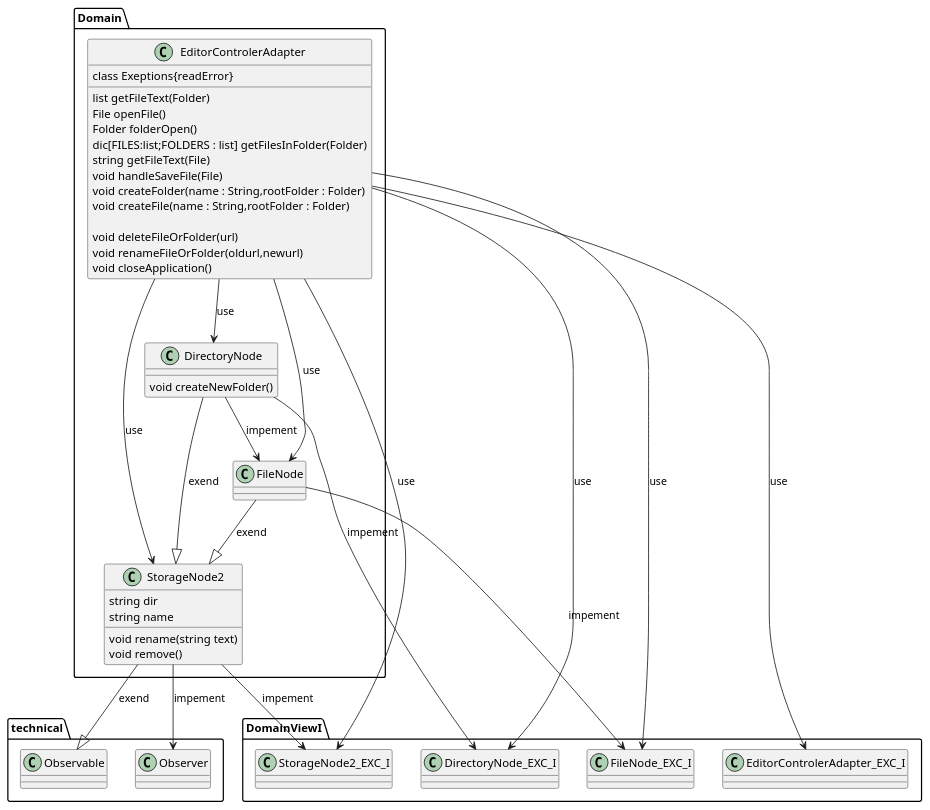
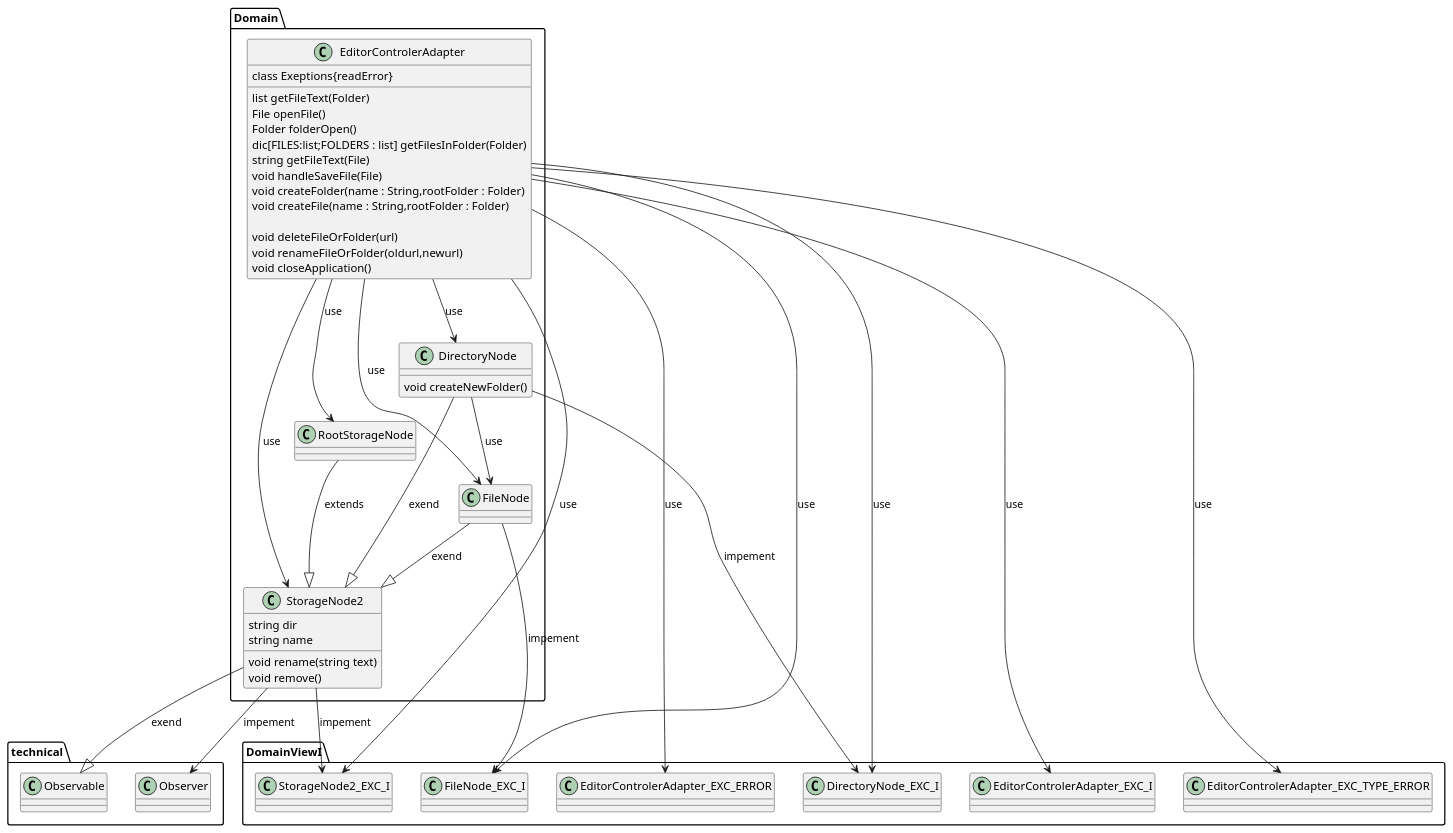
One commit to d-creations/st_fileManager7 changed the diagram in doc/DomainClassdiagram.puml. Above: the diagram before and after it, drawn with PlantUML. The commit also changed 31 other files, not shown here.

```diff
--- a/doc/DomainClassdiagram.puml
+++ b/doc/DomainClassdiagram.puml
@@ -1,58 +1,68 @@
 @startuml
 
 class Domain.StorageNode2 {
     string dir
     string name
     void rename(string text)
     void remove()
 
 }
 
 
 class Domain.FileNode {
+}
+
+class Domain.RootStorageNode {
 }
 class Domain.DirectoryNode {
     void createNewFolder()
 }
 
 class Domain.EditorControlerAdapter {
     class Exeptions{readError}
     list getFileText(Folder)
     File openFile()
     Folder folderOpen()
     dic[FILES:list;FOLDERS : list] getFilesInFolder(Folder)
     string getFileText(File)
     void handleSaveFile(File)
     void createFolder(name : String,rootFolder : Folder)
     void createFile(name : String,rootFolder : Folder)
 
     void deleteFileOrFolder(url)
     void renameFileOrFolder(oldurl,newurl)
     void closeApplication()
 
 }
 
 
 
 Domain.EditorControlerAdapter -->  DomainViewI.DirectoryNode_EXC_I : use
 Domain.EditorControlerAdapter -->  DomainViewI.FileNode_EXC_I : use
 Domain.EditorControlerAdapter -->  DomainViewI.StorageNode2_EXC_I : use
 Domain.EditorControlerAdapter -->  DomainViewI.EditorControlerAdapter_EXC_I : use
+Domain.EditorControlerAdapter -->  DomainViewI.EditorControlerAdapter_EXC_TYPE_ERROR : use
+Domain.EditorControlerAdapter -->  DomainViewI.EditorControlerAdapter_EXC_ERROR : use
+
 
 Domain.EditorControlerAdapter -->  Domain.DirectoryNode : use
 Domain.EditorControlerAdapter -->  Domain.FileNode : use
 Domain.EditorControlerAdapter -->  Domain.StorageNode2 : use
+Domain.EditorControlerAdapter -->  Domain.RootStorageNode : use
+
+Domain.RootStorageNode --|>  Domain.StorageNode2 : extends
+
 
 Domain.FileNode --|>  Domain.StorageNode2 : exend
 Domain.FileNode -->  DomainViewI.FileNode_EXC_I : impement
 
 Domain.StorageNode2 --|>  technical.Observable : exend
 Domain.StorageNode2 -->  technical.Observer : impement
 Domain.StorageNode2 -->  DomainViewI.StorageNode2_EXC_I : impement
 
 
 Domain.DirectoryNode --|>  Domain.StorageNode2 : exend
 Domain.DirectoryNode -->  DomainViewI.DirectoryNode_EXC_I : impement
-Domain.DirectoryNode -->  Domain.FileNode : impement
+Domain.DirectoryNode -->  Domain.FileNode : use
 
 @enduml
```
